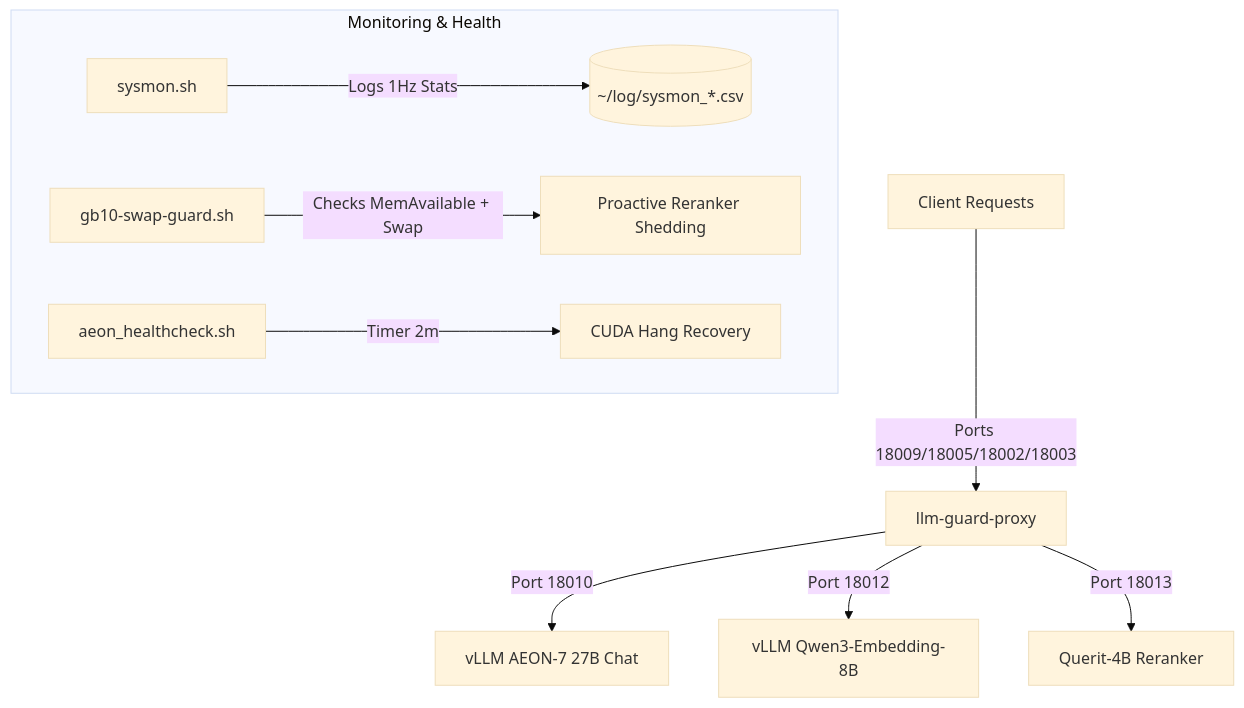
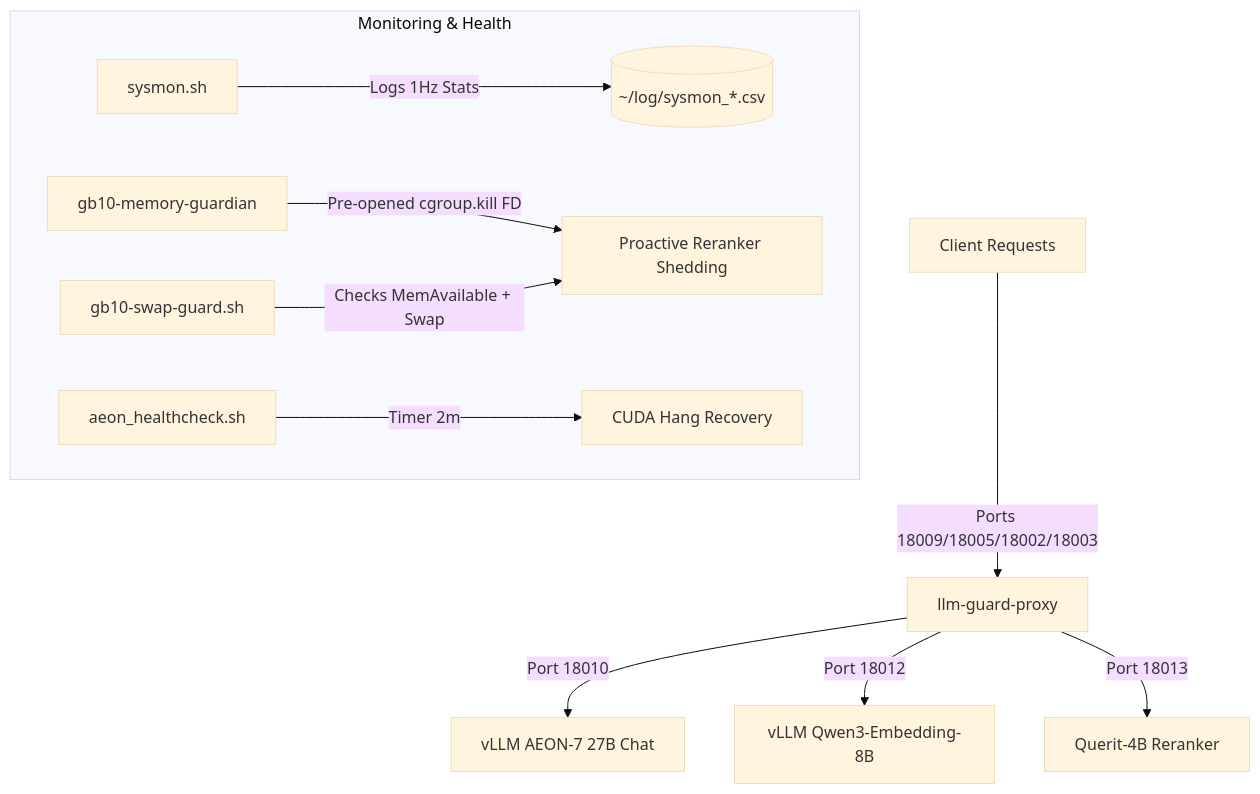
One commit to RyderFreeman4Logos/gb10-services changed the diagram in README.md. Above: the diagram before and after it, drawn with Mermaid (base theme). The commit also changed other lines of this file and 13 other files, not shown here.

Commit message:
feat: add pre-reserved memory guardian

````diff
--- a/README.md
+++ b/README.md
@@ -11,13 +11,14 @@
 ```mermaid
 graph TD
     Client[Client Requests] -->|Ports 18009/18005/18002/18003| Proxy[llm-guard-proxy]
     Proxy -->|Port 18010| AEON[vLLM AEON-7 27B Chat]
     Proxy -->|Port 18012| Embed[vLLM Qwen3-Embedding-8B]
     Proxy -->|Port 18013| Rerank[Querit-4B Reranker]
 
     subgraph Monitoring & Health
         Sysmon[sysmon.sh] -->|Logs 1Hz Stats| CSV[(~/log/sysmon_*.csv)]
+        RustGuardian[gb10-memory-guardian] -->|Pre-opened cgroup.kill FD| OOMProtect[Proactive Reranker Shedding]
         SwapGuard[gb10-swap-guard.sh] -->|Checks MemAvailable + Swap| OOMProtect[Proactive Reranker Shedding]
         HCheck[aeon_healthcheck.sh] -->|Timer 2m| HangRecovery[CUDA Hang Recovery]
     end
 ```
````
